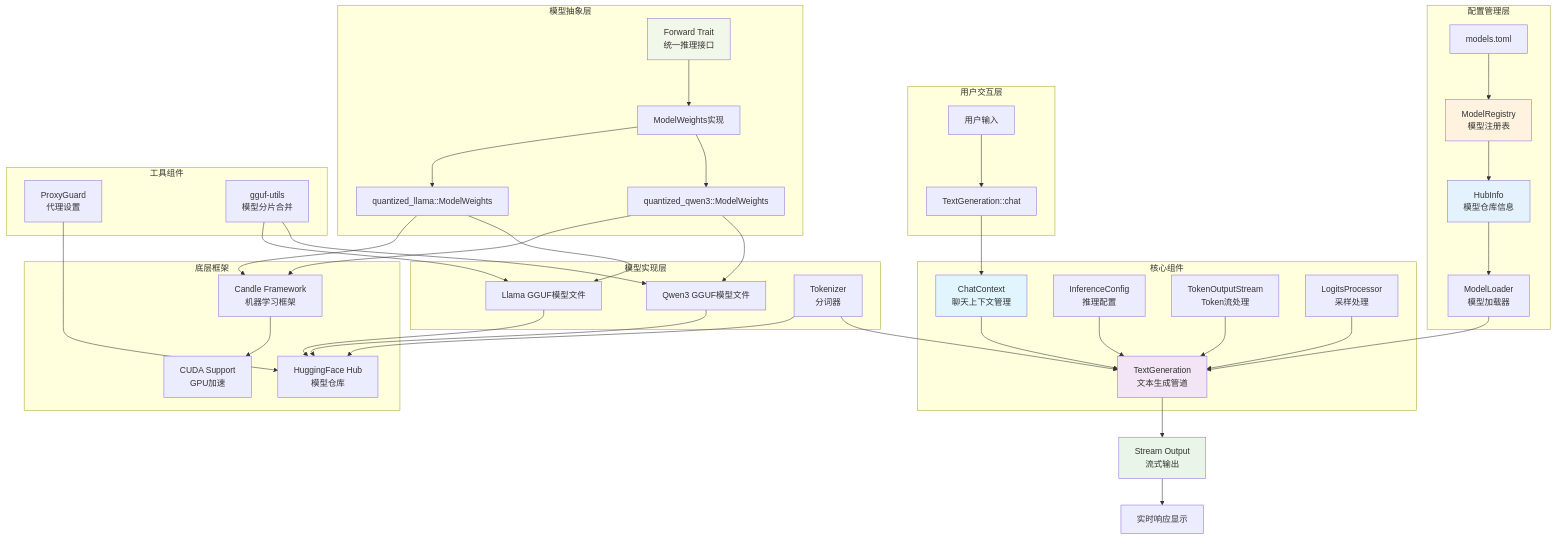
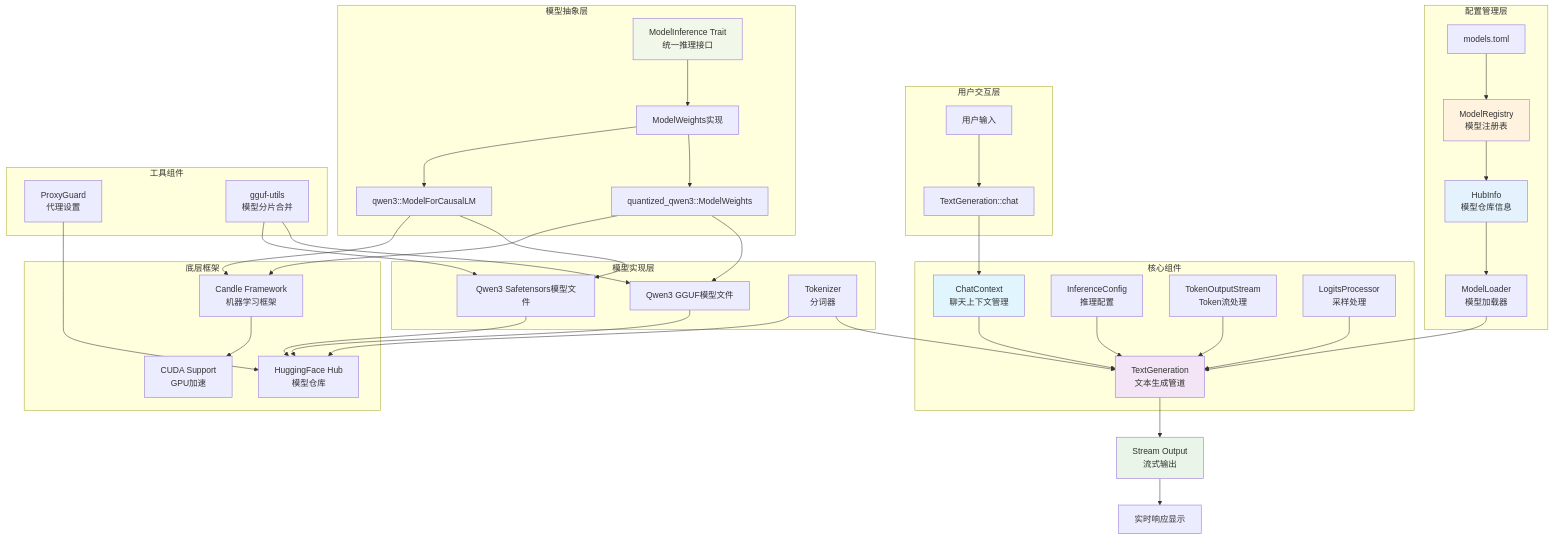
The diagram in README.md (nosnakeob/candle-llm-chat), drawn with Mermaid before and after one commit. The commit also changed other lines of this file, not shown here.

````diff
--- a/README.md
+++ b/README.md
@@ -181,62 +195,62 @@
 ```mermaid
 graph TB
     subgraph "用户交互层"
         A[用户输入] --> B[TextGeneration::chat]
     end
 
     subgraph "配置管理层"
         MR[ModelRegistry<br/>模型注册表] --> HI[HubInfo<br/>模型仓库信息]
         MT[models.toml] --> MR
         HI --> ML[ModelLoader<br/>模型加载器]
     end
 
     subgraph "核心组件"
         C[ChatContext<br/>聊天上下文管理] --> TG[TextGeneration<br/>文本生成管道]
         ML --> TG
         IC[InferenceConfig<br/>推理配置] --> TG
         F[TokenOutputStream<br/>Token流处理] --> TG
         G[LogitsProcessor<br/>采样处理] --> TG
     end
 
     subgraph "模型抽象层"
-        FW[Forward Trait<br/>统一推理接口] --> MW[ModelWeights实现]
+        FW[ModelInference Trait<br/>统一推理接口] --> MW[ModelWeights实现]
         MW --> MW1[quantized_qwen3::ModelWeights]
-        MW --> MW2[quantized_llama::ModelWeights]
+        MW --> MW2[qwen3::ModelForCausalLM]
     end
 
     subgraph "模型实现层"
         MW1 --> H1[Qwen3 GGUF模型文件]
-        MW2 --> H2[Llama GGUF模型文件]
+        MW2 --> H2[Qwen3 Safetensors模型文件]
         I[Tokenizer<br/>分词器] --> TG
     end
 
     subgraph "底层框架"
         K[Candle Framework<br/>机器学习框架]
         L[CUDA Support<br/>GPU加速]
         M[HuggingFace Hub<br/>模型仓库]
     end
 
     subgraph "工具组件"
         N[ProxyGuard<br/>代理设置] --> M
         O[gguf-utils<br/>模型分片合并] --> H1
         O --> H2
     end
 
     B --> C
     TG --> P[Stream Output<br/>流式输出]
     P --> Q[实时响应显示]
 
     H1 --> M
     H2 --> M
     I --> M
     MW1 --> K
     MW2 --> K
     K --> L
 
     style MR fill:#fff3e0
     style HI fill:#e3f2fd
     style FW fill:#f1f8e9
     style C fill:#e1f5fe
     style TG fill:#f3e5f5
     style P fill:#e8f5e8
 ```
````
